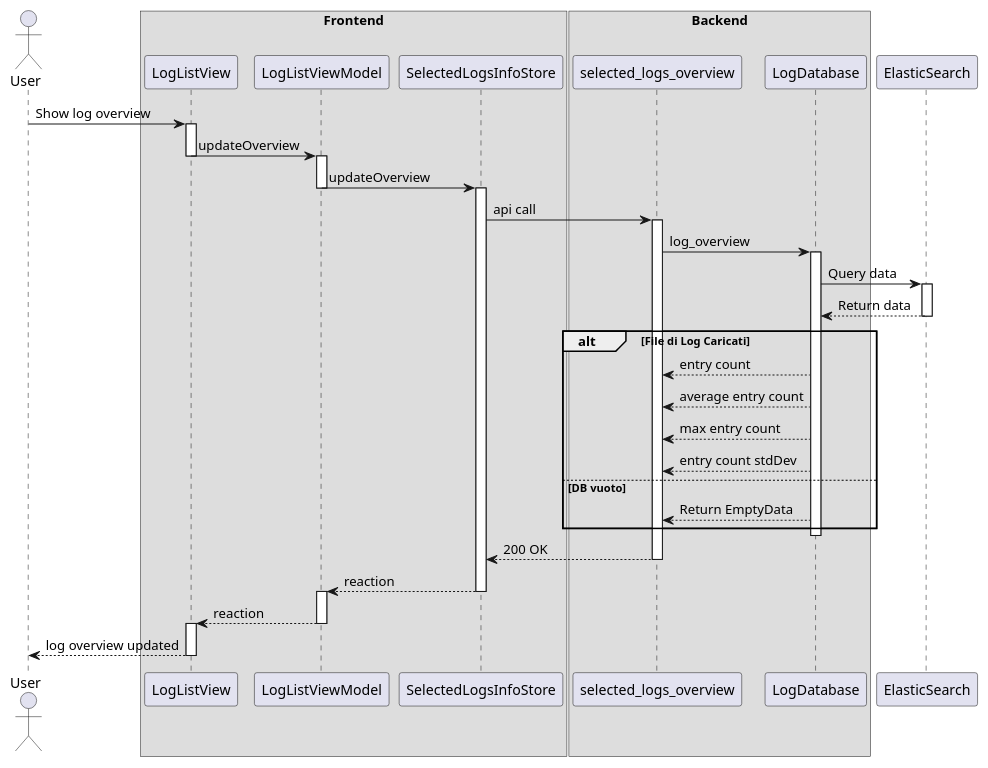
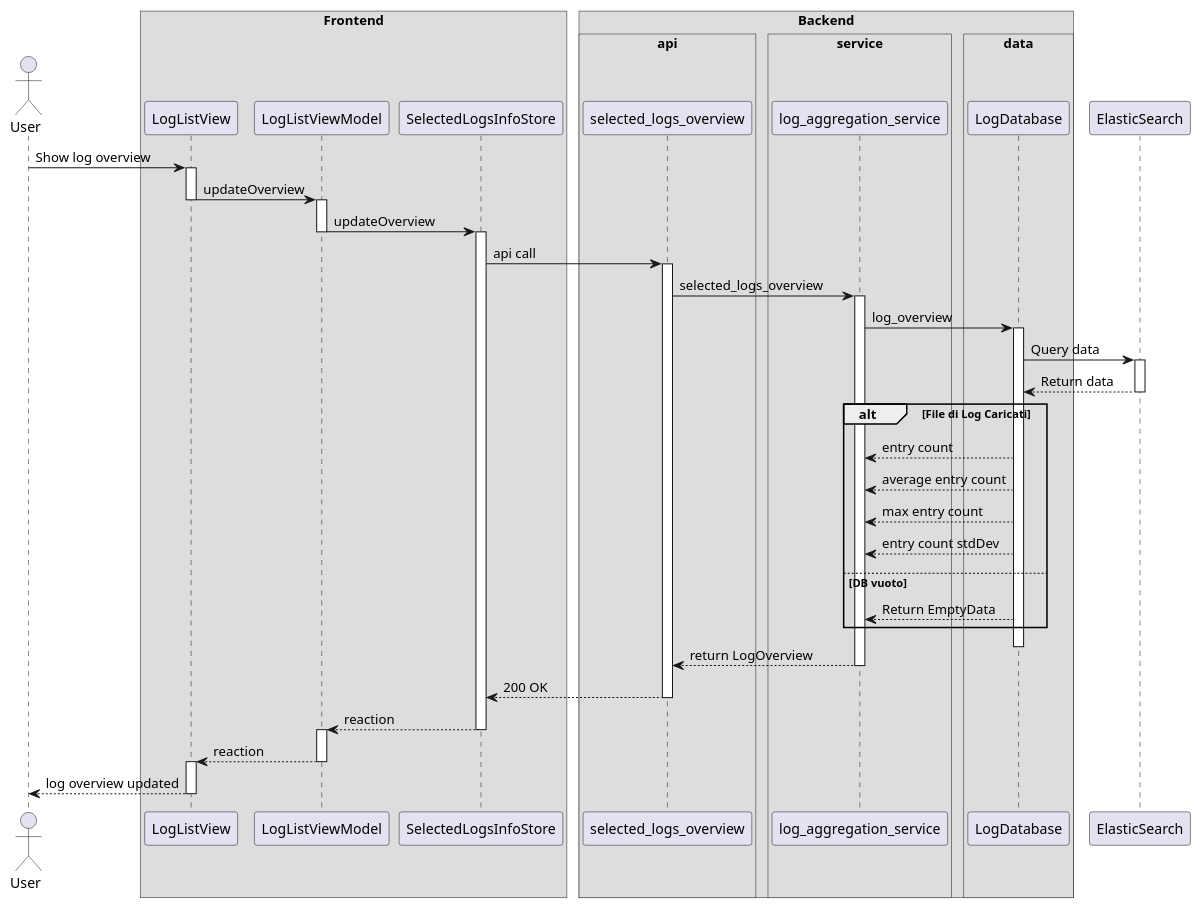
Before and after one commit to sevenelevendevunipd/docs: the tenth of 13 diagrams in allegato_tecnico.md, drawn with PlantUML. The commit also changed other lines of this file and 1 other file, not shown here.

````diff
--- a/allegato_tecnico.md
+++ b/allegato_tecnico.md
@@ -795,54 +851,66 @@
 ```{ .plantuml caption="Diagramma S2"}
 @startuml
+!pragma teoz true
 actor User
 
 box Frontend
 participant LogListView
 participant LogListViewModel
 participant SelectedLogsInfoStore
 end box
 
 box Backend
+box api
 participant selected_logs_overview
+end box
+box service
+participant log_aggregation_service
+end box
+box data
 participant LogDatabase
+end box
 end box
 
 participant ElasticSearch
 
 User -> LogListView: Show log overview
 activate LogListView
 LogListView -> LogListViewModel: updateOverview
 deactivate LogListView
 activate LogListViewModel
 LogListViewModel -> SelectedLogsInfoStore: updateOverview
 deactivate LogListViewModel
 activate SelectedLogsInfoStore
 SelectedLogsInfoStore -> selected_logs_overview: api call
 activate selected_logs_overview
-selected_logs_overview -> LogDatabase: log_overview
+selected_logs_overview -> log_aggregation_service: selected_logs_overview
+activate log_aggregation_service
+log_aggregation_service -> LogDatabase: log_overview
 activate LogDatabase
 LogDatabase -> ElasticSearch: Query data
 activate ElasticSearch
 LogDatabase <-- ElasticSearch: Return data
 deactivate ElasticSearch
 alt File di Log Caricati
-selected_logs_overview <-- LogDatabase: entry count
-selected_logs_overview <-- LogDatabase: average entry count
-selected_logs_overview <-- LogDatabase: max entry count
-selected_logs_overview <-- LogDatabase: entry count stdDev
+log_aggregation_service <-- LogDatabase: entry count
+log_aggregation_service <-- LogDatabase: average entry count
+log_aggregation_service <-- LogDatabase: max entry count
+log_aggregation_service <-- LogDatabase: entry count stdDev
 else DB vuoto
-selected_logs_overview <-- LogDatabase: Return EmptyData
+log_aggregation_service <-- LogDatabase: Return EmptyData
 end
 deactivate LogDatabase
+selected_logs_overview <-- log_aggregation_service: return LogOverview
+deactivate log_aggregation_service
 SelectedLogsInfoStore <-- selected_logs_overview: 200 OK
 deactivate selected_logs_overview
 LogListViewModel <-- SelectedLogsInfoStore: reaction
 deactivate SelectedLogsInfoStore
 activate LogListViewModel
 LogListView <-- LogListViewModel: reaction
 deactivate LogListViewModel
 activate LogListView
 User <-- LogListView: log overview updated
 deactivate LogListView
 @enduml
 ```
````
